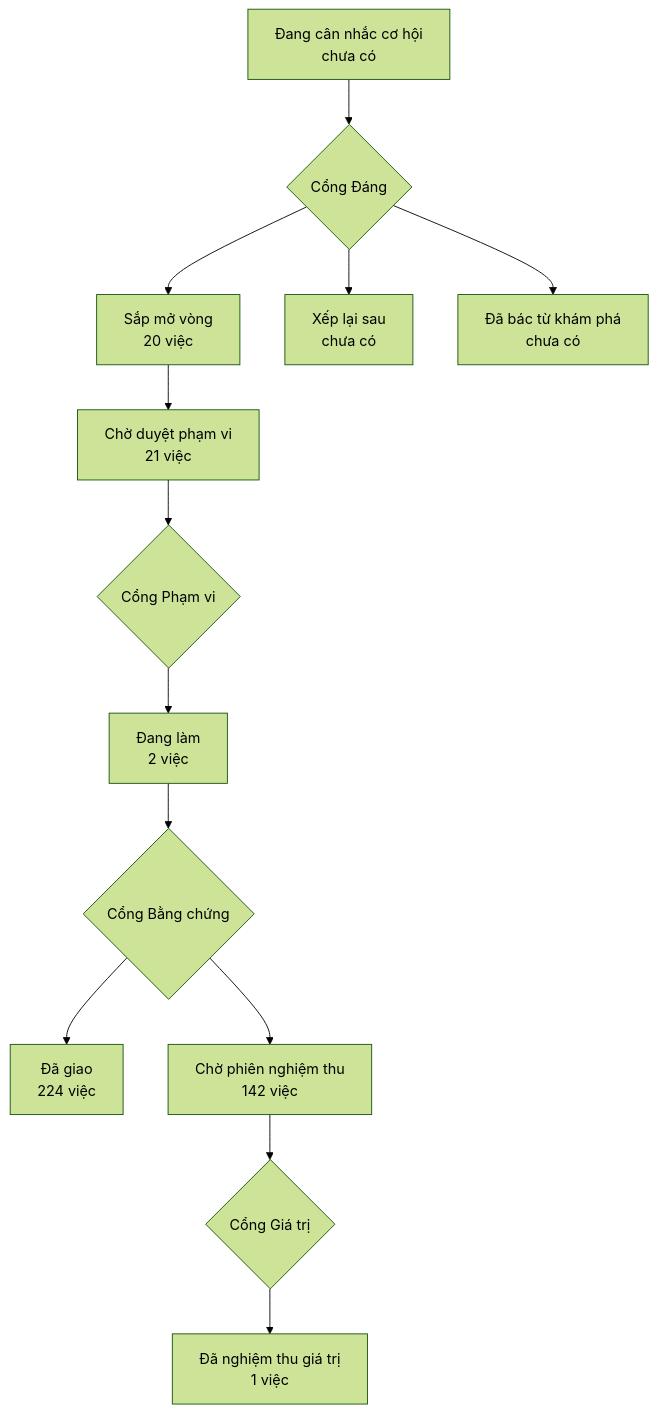
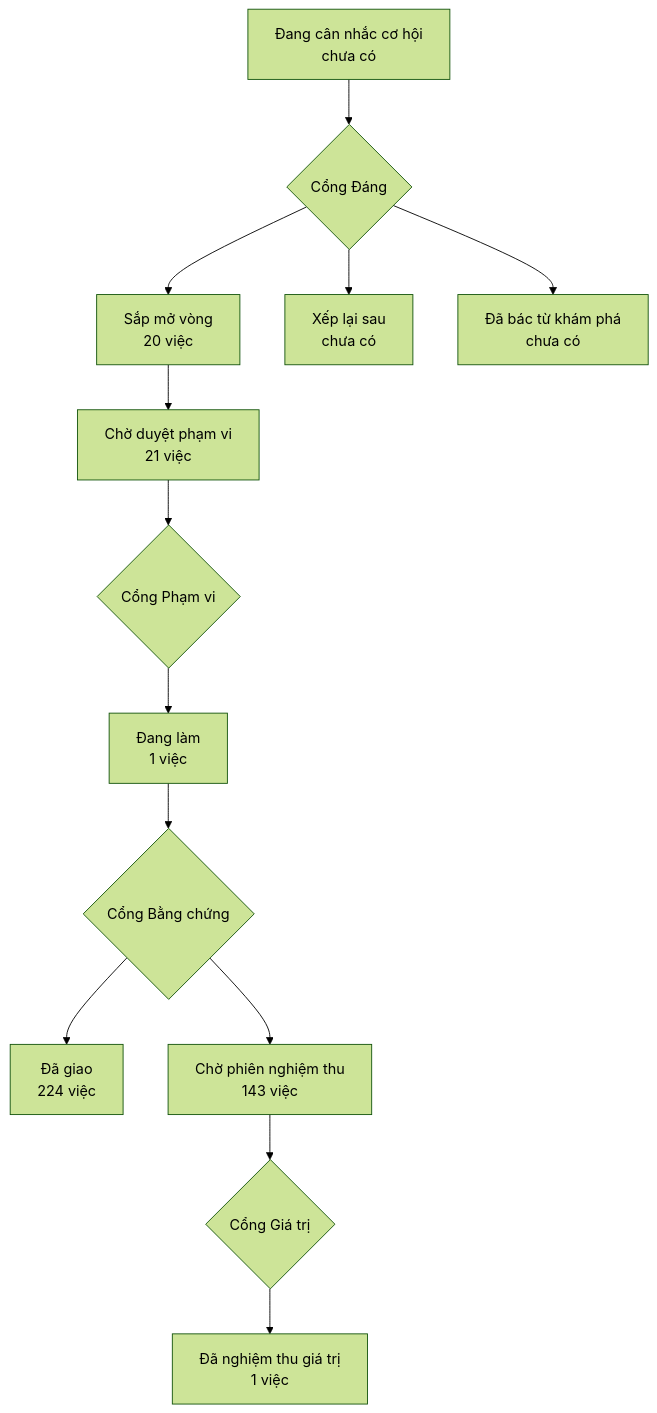
One commit to phanlemanh/onehub-invest changed the diagram in PRODUCT-MAP.md. Above: the diagram before and after it, drawn with Mermaid (forest theme). The commit also changed 7 other files, not shown here.

````diff
--- a/PRODUCT-MAP.md
+++ b/PRODUCT-MAP.md
@@ -7,12 +7,12 @@
 ```mermaid
 flowchart TD
   A["Đang cân nhắc cơ hội<br/>chưa có"] --> GD{"Cổng Đáng"}
   GD --> B["Sắp mở vòng<br/>20 việc"]
   GD --> XL["Xếp lại sau<br/>chưa có"]
   GD --> DB["Đã bác từ khám phá<br/>chưa có"]
   B --> CD["Chờ duyệt phạm vi<br/>21 việc"] --> GP{"Cổng Phạm vi"}
-  GP --> DL["Đang làm<br/>2 việc"] --> GB{"Cổng Bằng chứng"}
+  GP --> DL["Đang làm<br/>1 việc"] --> GB{"Cổng Bằng chứng"}
   GB --> DG["Đã giao<br/>224 việc"]
-  GB --> CN["Chờ phiên nghiệm thu<br/>142 việc"] --> GG{"Cổng Giá trị"}
+  GB --> CN["Chờ phiên nghiệm thu<br/>143 việc"] --> GG{"Cổng Giá trị"}
   GG --> NT["Đã nghiệm thu giá trị<br/>1 việc"]
 ```
````
